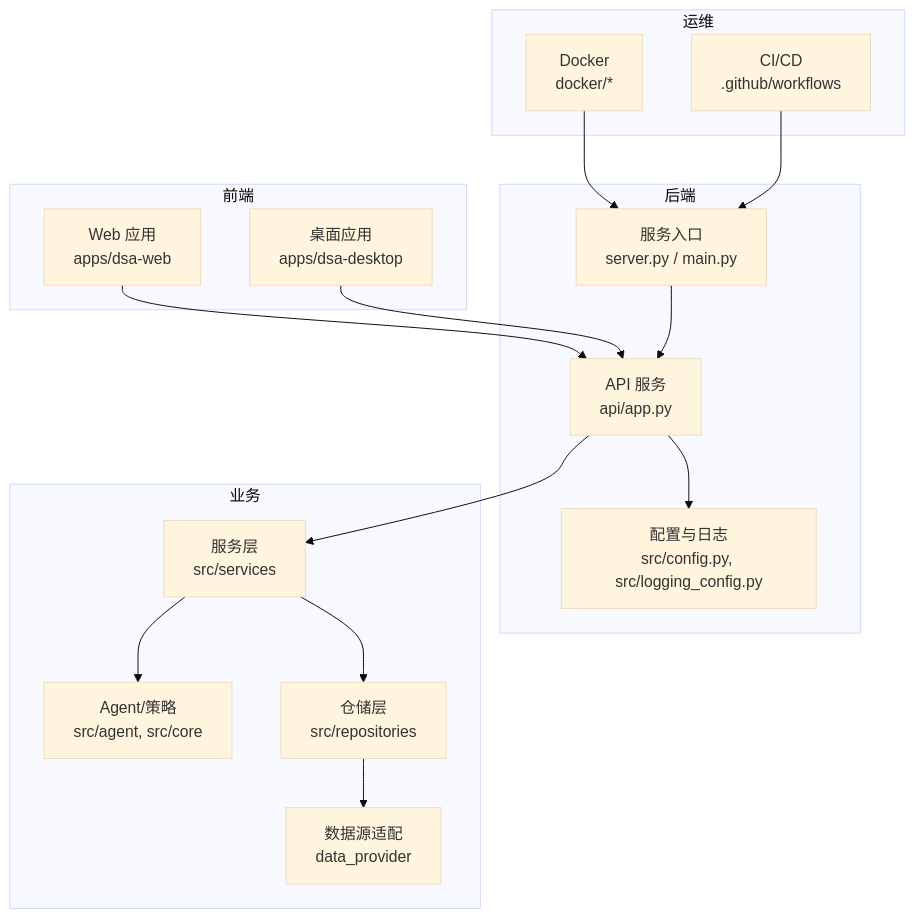
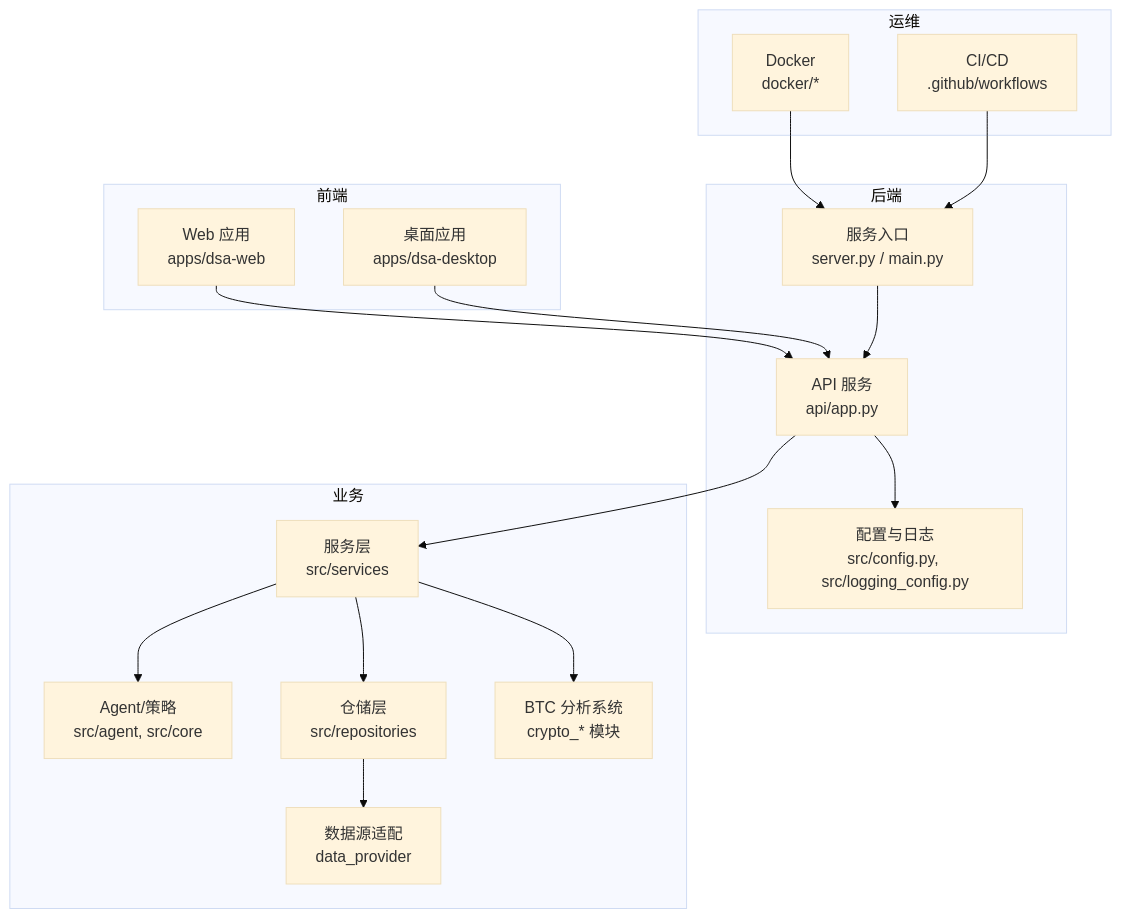
Before and after one commit to anYaoooo/daily_stock_analysis: the first of 9 diagrams in .qoder/repowiki/zh/content/开发指南/开发指南.md, drawn with Mermaid (base theme). The commit also changed other lines of this file and 140 other files, not shown here.

````diff
--- a/.qoder/repowiki/zh/content/开发指南/开发指南.md
+++ b/.qoder/repowiki/zh/content/开发指南/开发指南.md
@@ -58,32 +75,34 @@
 ```mermaid
 graph TB
 subgraph "前端"
 WEB["Web 应用<br/>apps/dsa-web"]
 DESKTOP["桌面应用<br/>apps/dsa-desktop"]
 end
 subgraph "后端"
 API["API 服务<br/>api/app.py"]
 SRV["服务入口<br/>server.py / main.py"]
 CFG["配置与日志<br/>src/config.py, src/logging_config.py"]
 end
 subgraph "业务"
 AGENT["Agent/策略<br/>src/agent, src/core"]
 SVC["服务层<br/>src/services"]
 REPO["仓储层<br/>src/repositories"]
 DP["数据源适配<br/>data_provider"]
+BTC["BTC 分析系统<br/>crypto_* 模块"]
 end
 subgraph "运维"
 DOCKER["Docker<br/>docker/*"]
 CI["CI/CD<br/>.github/workflows"]
 end
 WEB --> API
 DESKTOP --> API
 SRV --> API
 API --> CFG
 API --> SVC
 SVC --> AGENT
 SVC --> REPO
 REPO --> DP
+SVC --> BTC
 DOCKER --> SRV
 CI --> SRV
 ```
````
